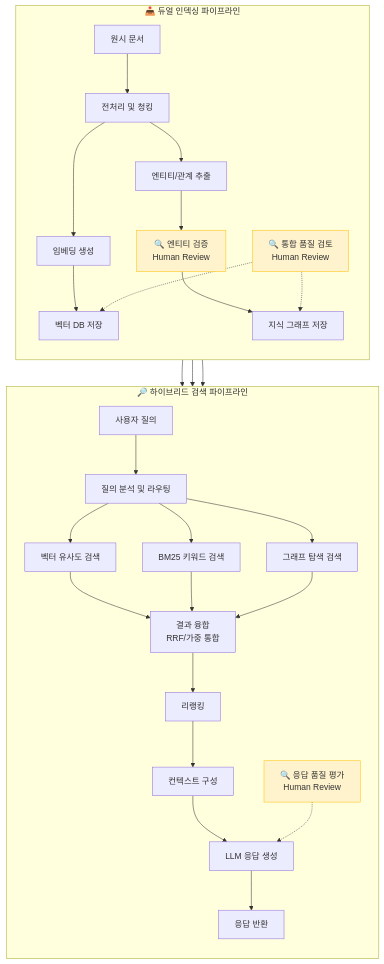
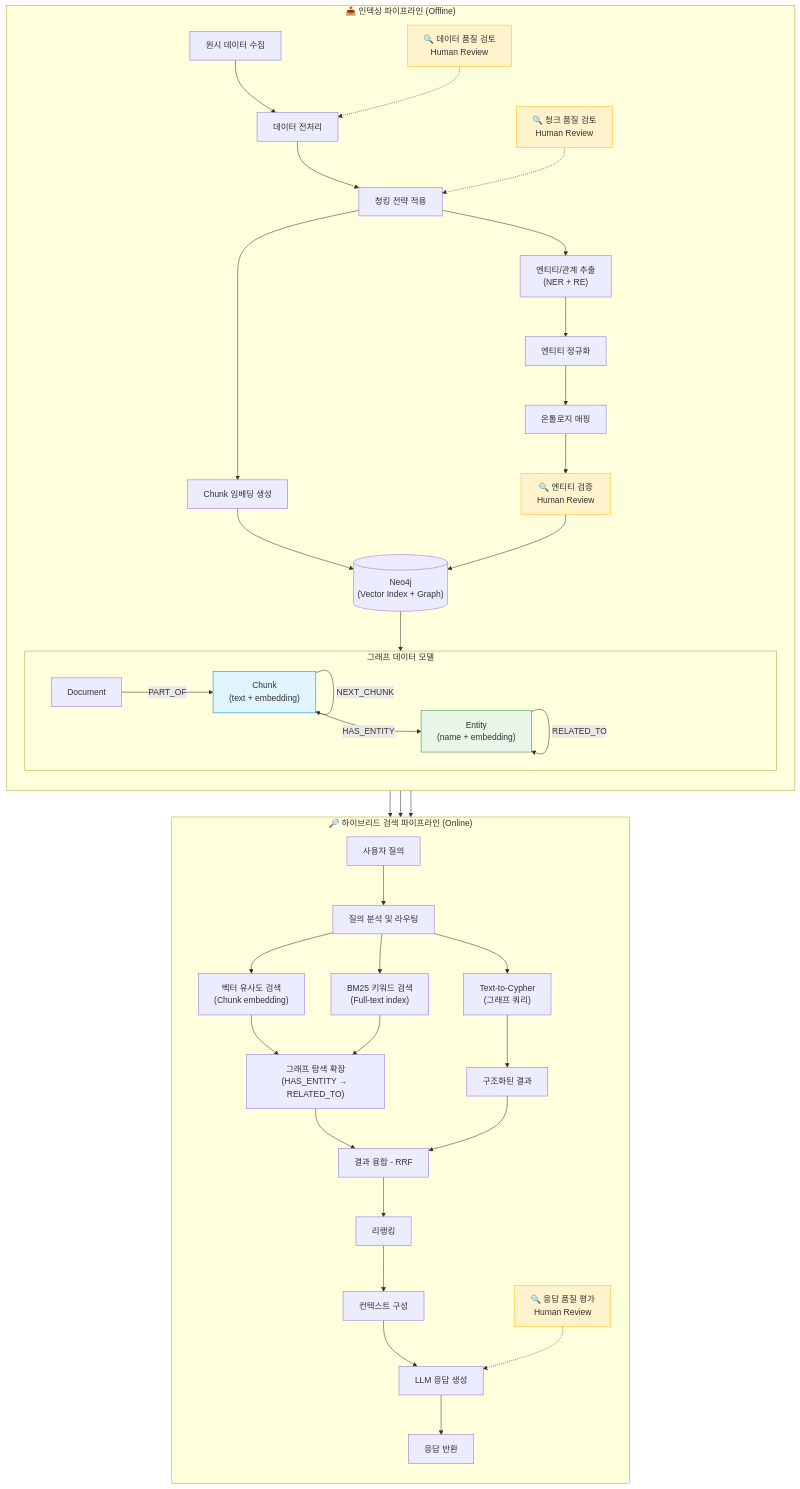
Before and after one commit to NtoZero/docst-mng: diagram 14 of 30 in docs/research/rag_pipeline_research.md, drawn with Mermaid. The commit also changed other lines of this file, not shown here.

````diff
--- a/docs/research/rag_pipeline_research.md
+++ b/docs/research/rag_pipeline_research.md
@@ -387,45 +1108,68 @@
-```mermaid
-flowchart TB
-    subgraph 인덱싱["📥 듀얼 인덱싱 파이프라인"]
-        direction TB
-        A[원시 문서] --> B[전처리 및 청킹]
+    ```mermaid
+    flowchart TB
+        subgraph 인덱싱["📥 인덱싱 파이프라인 (Offline)"]
+            direction TB
+            A[원시 데이터 수집] --> B[데이터 전처리]
+            B --> C[청킹 전략 적용]
+            
+            C --> D1[Chunk 임베딩 생성]
+            C --> D2["엔티티/관계 추출<br/>(NER + RE)"]
+            
+            D2 --> E1[엔티티 정규화]
+            E1 --> E2[온톨로지 매핑]
+            E2 --> E3["🔍 엔티티 검증<br/>Human Review"]
+            
+            D1 --> F[("Neo4j<br/>(Vector Index + Graph)")]
+            E3 --> F
+            
+            subgraph 그래프구조["그래프 데이터 모델"]
+                G1["Document"]
+                G2["Chunk<br/>(text + embedding)"]
+                G3["Entity<br/>(name + embedding)"]
+                
+                G1 -->|"PART_OF"| G2
+                G2 -->|"NEXT_CHUNK"| G2
+                G2 -->|"HAS_ENTITY"| G3
+                G3 -->|"RELATED_TO"| G3
+            end
+            
+            F --> 그래프구조
+            
+            H1["🔍 데이터 품질 검토<br/>Human Review"] -.-> B
+            H2["🔍 청크 품질 검토<br/>Human Review"] -.-> C
+        end
+    
+        subgraph 검색["🔎 하이브리드 검색 파이프라인 (Online)"]
+            direction TB
+            I[사용자 질의] --> J[질의 분석 및 라우팅]
+            
+            J --> K1["벡터 유사도 검색<br/>(Chunk embedding)"]
+            J --> K2["BM25 키워드 검색<br/>(Full-text index)"]
+            J --> K3["Text-to-Cypher<br/>(그래프 쿼리)"]
+            
+            K1 --> L1["그래프 탐색 확장<br/>(HAS_ENTITY → RELATED_TO)"]
+            K2 --> L1
+            K3 --> L2[구조화된 결과]
+            
+            L1 --> M[결과 융합 - RRF]
+            L2 --> M
+            
+            M --> N[리랭킹]
+            N --> O[컨텍스트 구성]
+            O --> P[LLM 응답 생성]
+            P --> Q[응답 반환]
+            
+            R["🔍 응답 품질 평가<br/>Human Review"] -.-> P
+        end
         
-        B --> C1[임베딩 생성]
-        C1 --> D1[벡터 DB 저장]
+        F --> K1
+        F --> K2
+        F --> K3
         
-        B --> C2[엔티티/관계 추출]
-        C2 --> D2[🔍 엔티티 검증<br/>Human Review]
-        D2 --> E2[지식 그래프 저장]
-        
-        H[🔍 통합 품질 검토<br/>Human Review] -.-> D1
-        H -.-> E2
-    end
-    
-    subgraph 검색["🔎 하이브리드 검색 파이프라인"]
-        direction TB
-        I[사용자 질의] --> J[질의 분석 및 라우팅]
-        
-        J --> K1[벡터 유사도 검색]
-        J --> K2[BM25 키워드 검색]
-        J --> K3[그래프 탐색 검색]
-        
-        K1 --> L[결과 융합<br/>RRF/가중 통합]
-        K2 --> L
-        K3 --> L
-        
-        L --> M[리랭킹]
-        M --> N[컨텍스트 구성]
-        N --> O[LLM 응답 생성]
-        O --> P[응답 반환]
-        
-        Q[🔍 응답 품질 평가<br/>Human Review] -.-> O
-    end
-    
-    D1 --> K1
-    D1 --> K2
-    E2 --> K3
-    
-    style D2 fill:#fff3cd,stroke:#ffc107
-    style H fill:#fff3cd,stroke:#ffc107
-    style Q fill:#fff3cd,stroke:#ffc107
-```
+        style H1 fill:#fff3cd,stroke:#ffc107
+        style H2 fill:#fff3cd,stroke:#ffc107
+        style E3 fill:#fff3cd,stroke:#ffc107
+        style R fill:#fff3cd,stroke:#ffc107
+        style G2 fill:#e1f5fe,stroke:#0288d1
+        style G3 fill:#e8f5e9,stroke:#388e3c
+    ```
````
